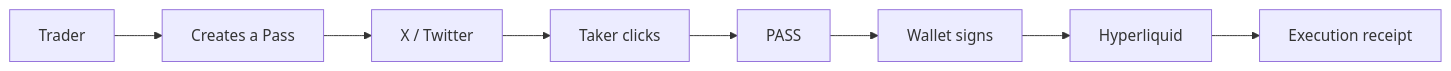
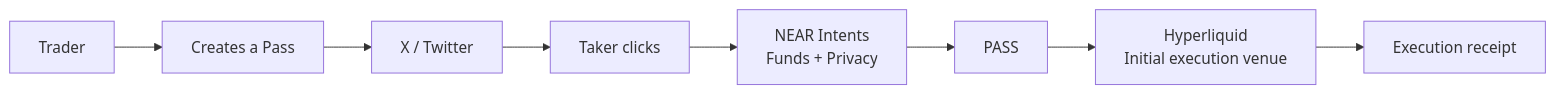
One commit to onyebuchidaniel60/PASS changed the diagram in README.md. Above: the diagram before and after it, drawn with Mermaid. The commit also changed other lines of this file and 4 other files, not shown here.

First line of the commit message:
feat: reframe demo and README around NEAR Intents

````diff
--- a/README.md
+++ b/README.md
@@ -83,10 +111,10 @@
 ```mermaid
 flowchart LR
   T[Trader] --> P[Creates a Pass]
   P --> X[X / Twitter]
   X --> K[Taker clicks]
-  K --> PASS[PASS]
-  PASS --> W[Wallet signs]
-  W --> HL[Hyperliquid]
-  HL --> R[Execution receipt]
+  K --> N[NEAR Intents<br/>Funds + Privacy]
+  N --> PASS[PASS]
+  PASS --> H[Hyperliquid<br/>Initial execution venue]
+  H --> R[Execution receipt]
 ```
````
